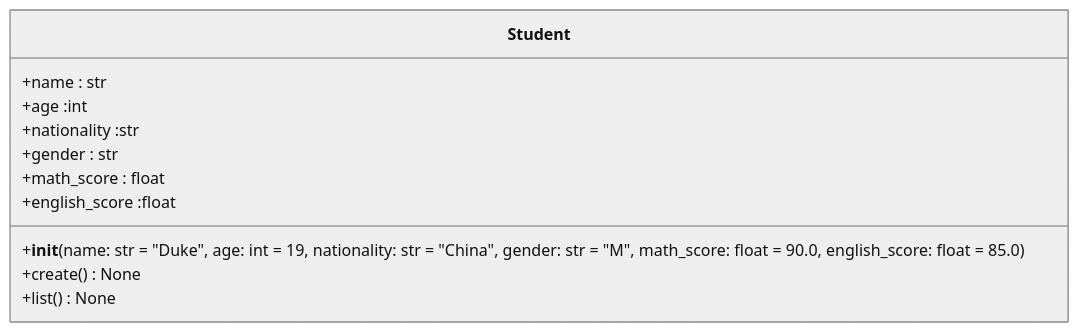
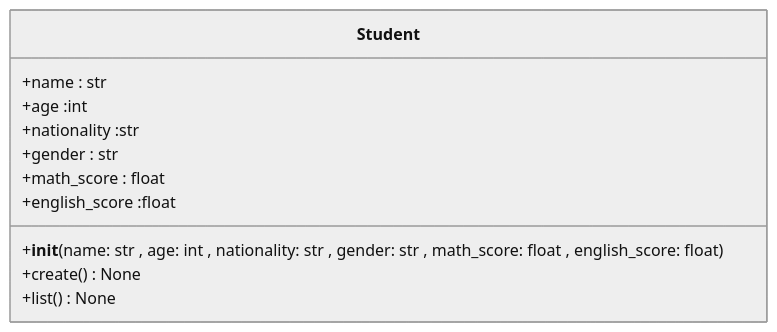
Before and after one commit to duke7775/python_test1: the diagram in student.md, drawn with Mermaid (neutral theme).

Commit message:
student.md

````diff
--- a/student.md
+++ b/student.md
@@ -1,14 +1,14 @@
 ```mermaid
 classDiagram
      class Student{
         +name : str
         +age :int
         +nationality :str
         +gender : str
         +math_score : float
         +english_score :float
-        +__init__(name: str = "Duke", age: int = 19, nationality: str = "China", gender: str = "M", math_score: float = 90.0, english_score: float = 85.0)
+        +__init__(name: str , age: int , nationality: str , gender: str , math_score: float , english_score: float)
         +create() None
         +list() None
      }    
 ```
````
